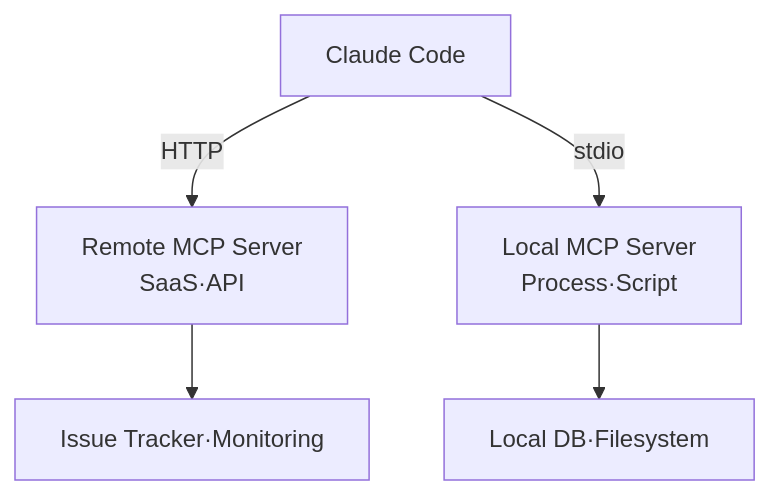
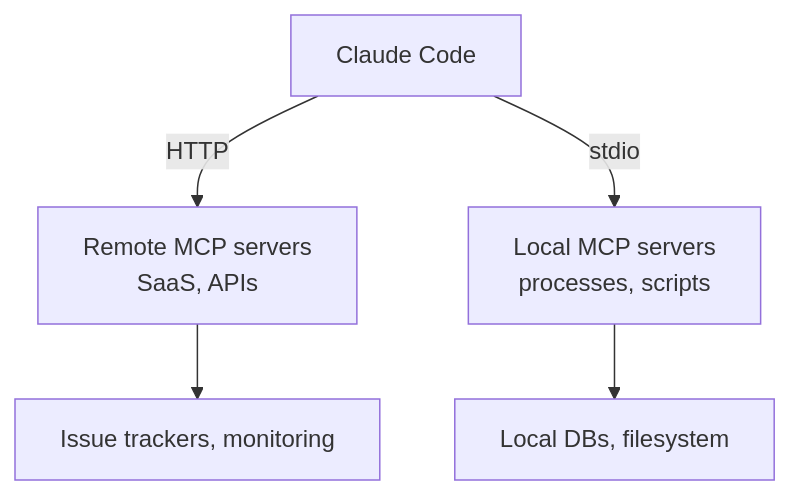
One commit to modu-ai/moai-adk changed the diagram in docs-site/content/en/claude-code/extensibility/mcp.md. Above: the diagram before and after it, drawn with Mermaid. The commit also changed other lines of this file and 395 other files, not shown here.

````diff
--- a/docs-site/content/en/claude-code/extensibility/mcp.md
+++ b/docs-site/content/en/claude-code/extensibility/mcp.md
@@ -43,8 +43,8 @@
 ```mermaid
 flowchart TD
     CC[Claude Code]
-    CC -->|HTTP| Remote[Remote MCP Server<br>SaaS·API]
-    CC -->|stdio| Local[Local MCP Server<br>Process·Script]
-    Remote --> Ext1[Issue Tracker·Monitoring]
-    Local --> Ext2[Local DB·Filesystem]
+    CC -->|HTTP| Remote[Remote MCP servers<br>SaaS, APIs]
+    CC -->|stdio| Local[Local MCP servers<br>processes, scripts]
+    Remote --> Ext1[Issue trackers, monitoring]
+    Local --> Ext2[Local DBs, filesystem]
 ```
````
